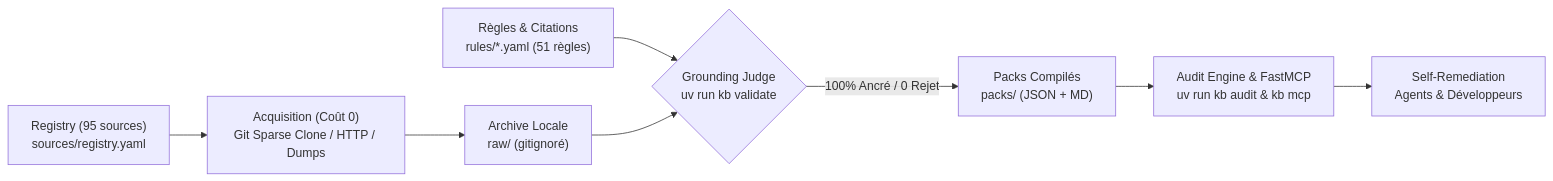
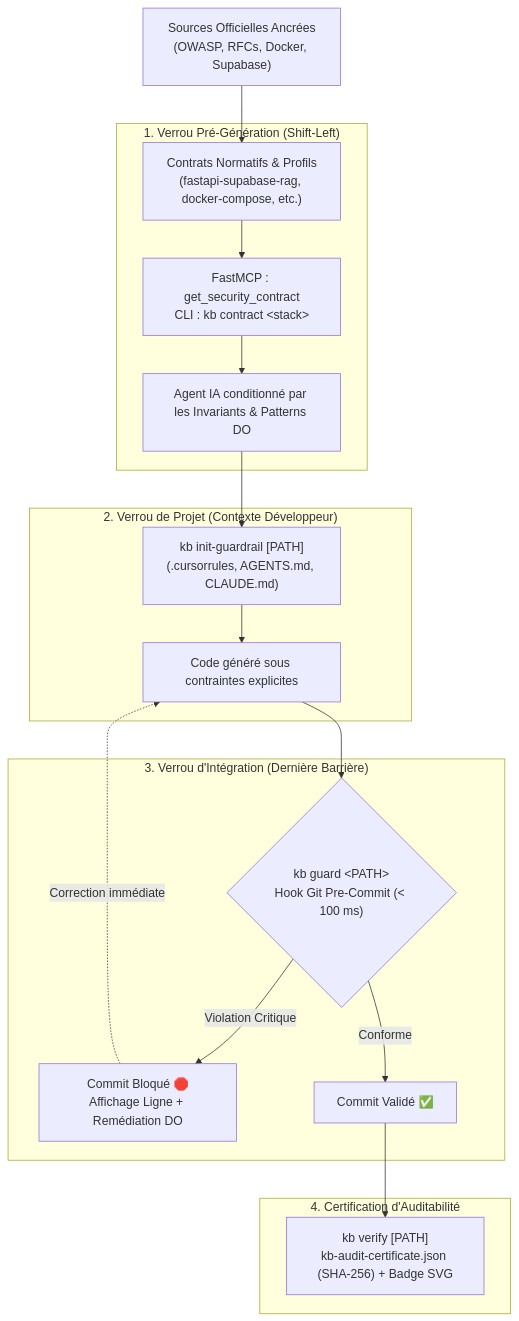
The diagram in README.md (Alpha2-far/engineering-kb), drawn with Mermaid before and after one commit. The commit also changed other lines of this file, not shown here.

Commit message:
docs(readme): rewrite README to reflect architectural evolution from verified knowledge to agent enforcement

````diff
--- a/README.md
+++ b/README.md
@@ -103,10 +64,25 @@
 ```mermaid
-flowchart LR
-    A["Registry (95 sources)<br/>sources/registry.yaml"] --> B["Acquisition (Coût 0)<br/>Git Sparse Clone / HTTP / Dumps"]
-    B --> C["Archive Locale<br/>raw/ (gitignoré)"]
-    D["Règles & Citations<br/>rules/*.yaml (51 règles)"] --> E{"Grounding Judge<br/>uv run kb validate"}
-    C --> E
-    E -->|100% Ancré / 0 Rejet| F["Packs Compilés<br/>packs/ (JSON + MD)"]
-    F --> G["Audit Engine & FastMCP<br/>uv run kb audit & kb mcp"]
-    G --> H["Self-Remediation<br/>Agents & Développeurs"]
+flowchart TD
+    A["Sources Officielles Ancrées<br/>(OWASP, RFCs, Docker, Supabase)"] --> B["Contrats Normatifs & Profils<br/>(fastapi-supabase-rag, docker-compose, etc.)"]
+    
+    subgraph S1 ["1. Verrou Pré-Génération (Shift-Left)"]
+        B --> C["FastMCP : get_security_contract<br/>CLI : kb contract &lt;stack&gt;"]
+        C --> D["Agent IA conditionné par les Invariants & Patterns DO"]
+    end
+    
+    subgraph S2 ["2. Verrou de Projet (Contexte Développeur)"]
+        D --> E["kb init-guardrail [PATH]<br/>(.cursorrules, AGENTS.md, CLAUDE.md)"]
+        E --> F["Code généré sous contraintes explicites"]
+    end
+    
+    subgraph S3 ["3. Verrou d'Intégration (Dernière Barrière)"]
+        F --> G{"kb guard &lt;PATH&gt;<br/>Hook Git Pre-Commit (&lt; 100 ms)"}
+        G -->|Violation Critique| H["Commit Bloqué 🛑<br/>Affichage Ligne + Remédiation DO"]
+        H -.->|Correction immédiate| F
+        G -->|Conforme| I["Commit Validé ✅"]
+    end
+    
+    subgraph S4 ["4. Certification d'Auditabilité"]
+        I --> J["kb verify [PATH]<br/>kb-audit-certificate.json (SHA-256) + Badge SVG"]
+    end
 ```
````
